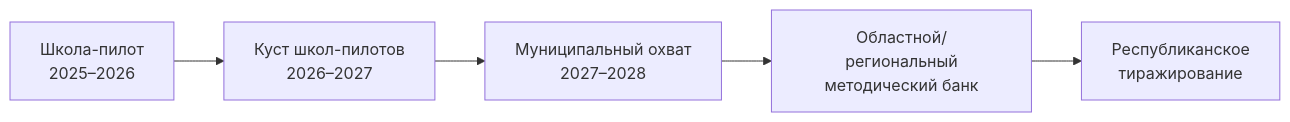
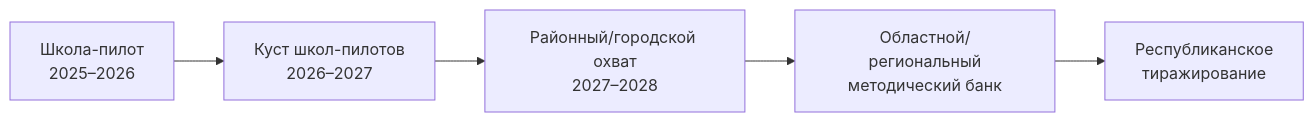
The eighth of 8 diagrams in АВТОРСКАЯ_ПРОГРАММА_БЕЗ_НАГРУЗКИ.md (ed-baer97/pdf-to-excel-scraper-main), drawn with Mermaid before and after one commit. The commit also changed other lines of this file and 15 other files, not shown here.

````diff
--- a/АВТОРСКАЯ_ПРОГРАММА_БЕЗ_НАГРУЗКИ.md
+++ b/АВТОРСКАЯ_ПРОГРАММА_БЕЗ_НАГРУЗКИ.md
@@ -668,7 +663,7 @@
 ```mermaid
 flowchart LR
     P1[Школа-пилот<br/>2025–2026] --> P2[Куст школ-пилотов<br/>2026–2027]
-    P2 --> P3[Муниципальный охват<br/>2027–2028]
+    P2 --> P3[Районный/городской охват<br/>2027–2028]
     P3 --> P4[Областной/региональный<br/>методический банк]
     P4 --> P5[Республиканское<br/>тиражирование]
 ```
````
